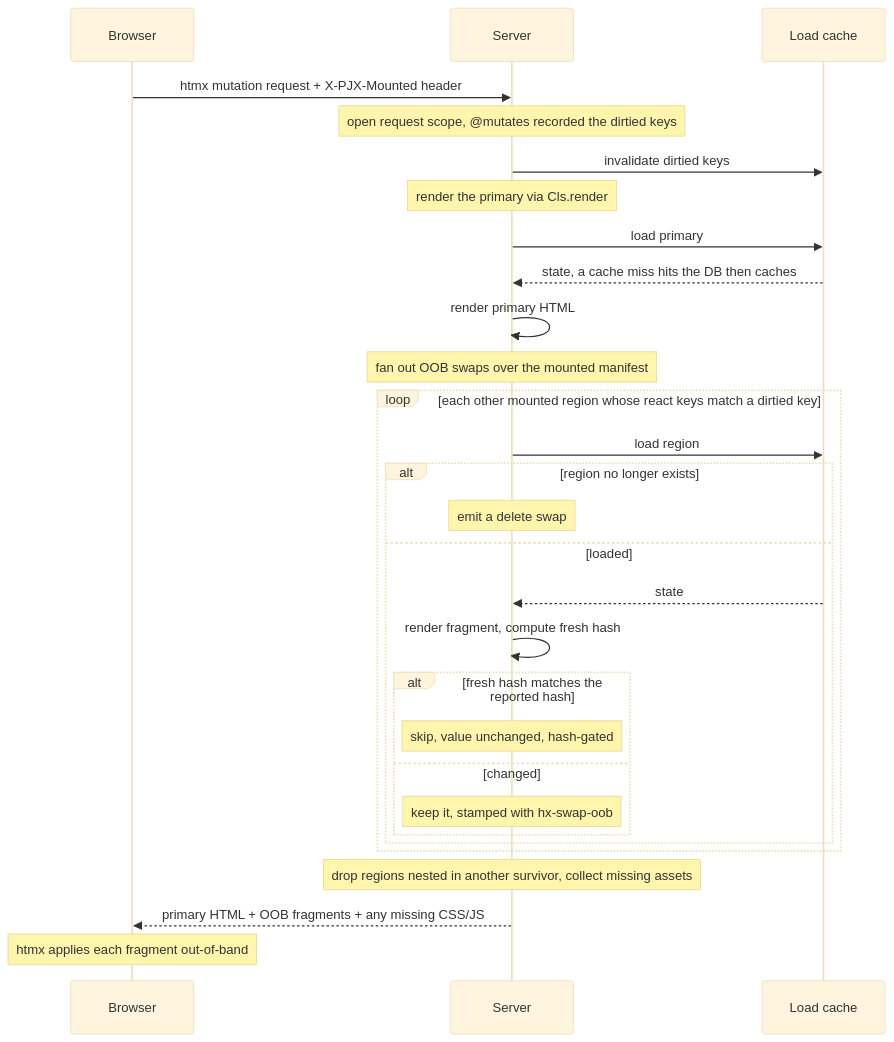
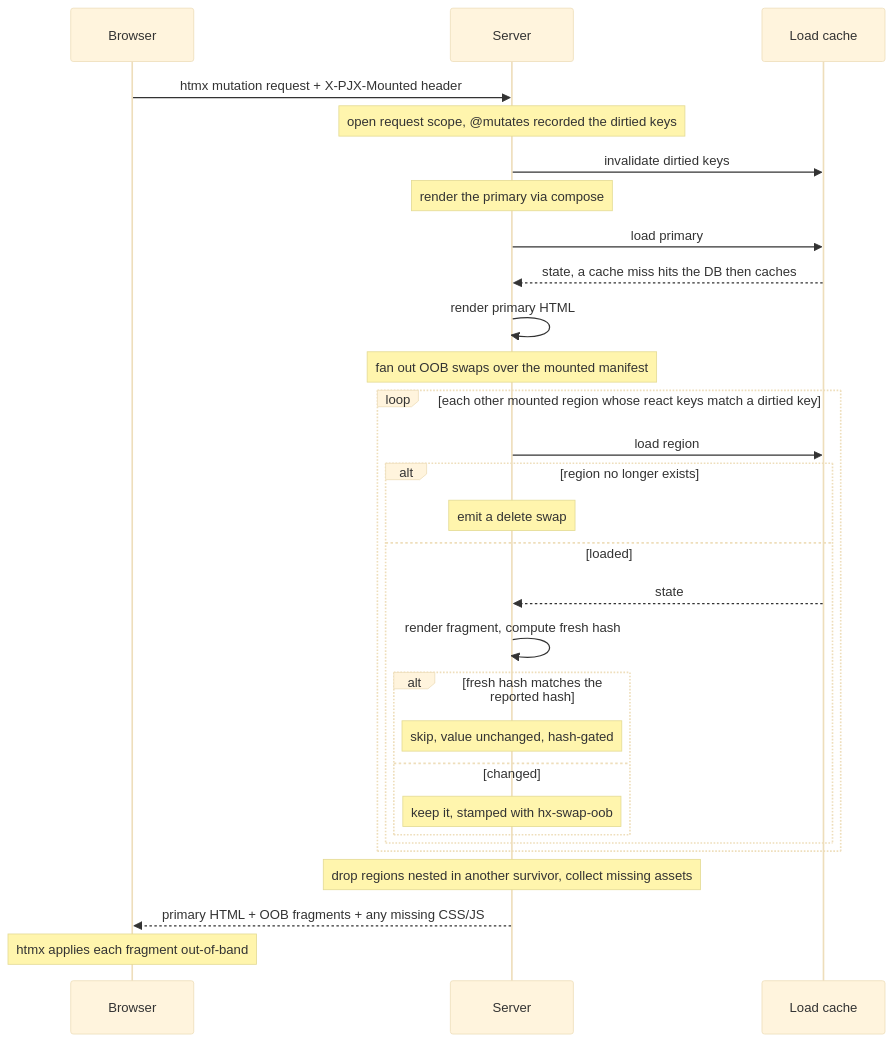
One commit to paulomtts/pyjinhx changed the first of 2 diagrams in docs/reactivity.md. Above: the diagram before and after it, drawn with Mermaid (base theme). The commit also changed other lines of this file and 1 other file, not shown here.

First line of the commit message:
docs: describe compose() fan-out instead of ReactiveResponse in reactivity.md

````diff
--- a/docs/reactivity.md
+++ b/docs/reactivity.md
@@ -600,35 +613,35 @@
 ```mermaid
 sequenceDiagram
     participant B as Browser
     participant S as Server
     participant C as Load cache
 
     B->>S: htmx mutation request + X-PJX-Mounted header
     Note over S: open request scope, @mutates recorded the dirtied keys
     S->>C: invalidate dirtied keys
 
-    Note over S: render the primary via Cls.render
+    Note over S: render the primary via compose
     S->>C: load primary
     C-->>S: state, a cache miss hits the DB then caches
     S->>S: render primary HTML
 
     Note over S: fan out OOB swaps over the mounted manifest
     loop each other mounted region whose react keys match a dirtied key
         S->>C: load region
         alt region no longer exists
             Note over S: emit a delete swap
         else loaded
             C-->>S: state
             S->>S: render fragment, compute fresh hash
             alt fresh hash matches the reported hash
                 Note over S: skip, value unchanged, hash-gated
             else changed
                 Note over S: keep it, stamped with hx-swap-oob
             end
         end
     end
     Note over S: drop regions nested in another survivor, collect missing assets
 
     S-->>B: primary HTML + OOB fragments + any missing CSS/JS
     Note over B: htmx applies each fragment out-of-band
 ```
````
